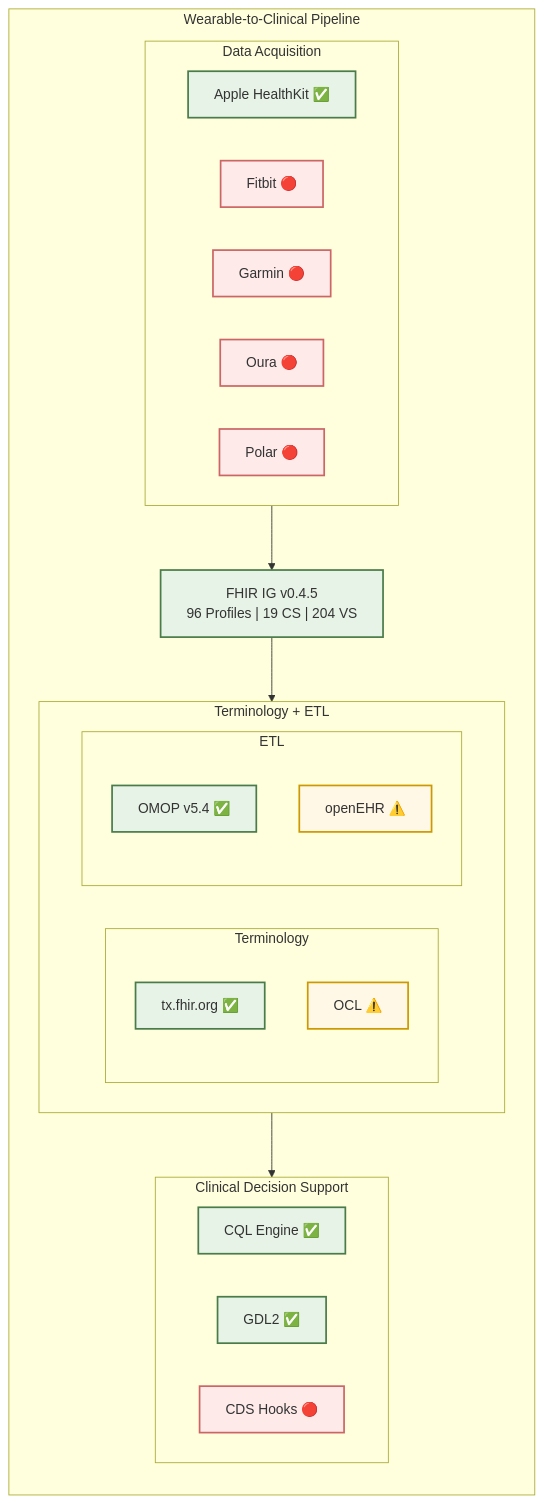
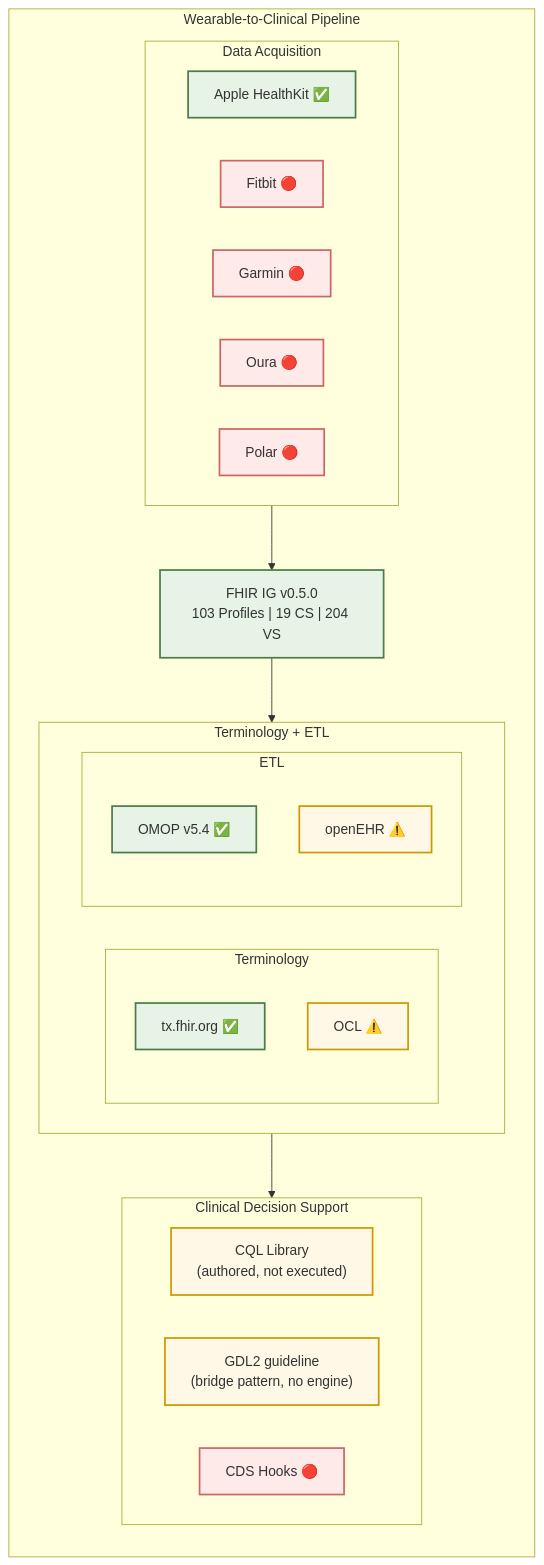
The first of 4 diagrams in README.md (RicardoLSantos/shorthand), drawn with Mermaid before and after one commit. The commit also changed other lines of this file and 2 other files, not shown here.

````diff
--- a/README.md
+++ b/README.md
@@ -34,48 +34,48 @@
 ```mermaid
 flowchart TB
     subgraph WP["Wearable-to-Clinical Pipeline"]
         direction TB
 
         subgraph TG1["Data Acquisition"]
             direction LR
             APPLE["Apple HealthKit ✅"]
             FITBIT["Fitbit 🔴"]
             GARMIN["Garmin 🔴"]
             OURA["Oura 🔴"]
             POLAR["Polar 🔴"]
         end
 
-        FHIRIG["FHIR IG v0.4.5<br/>96 Profiles | 19 CS | 204 VS"]
+        FHIRIG["FHIR IG v0.5.0<br/>103 Profiles | 19 CS | 204 VS"]
 
         subgraph TG2["Terminology + ETL"]
             direction LR
             subgraph TERM["Terminology"]
                 TXFHIR["tx.fhir.org ✅"]
                 OCL["OCL ⚠️"]
             end
             subgraph ETL["ETL"]
                 OMOP["OMOP v5.4 ✅"]
                 OPENEHR["openEHR ⚠️"]
             end
         end
 
         subgraph TG4["Clinical Decision Support"]
             direction LR
-            CQL["CQL Engine ✅"]
-            GDL2["GDL2 ✅"]
+            CQL["CQL Library<br/>(authored, not executed)"]
+            GDL2["GDL2 guideline<br/>(bridge pattern, no engine)"]
             CDSHOOKS["CDS Hooks 🔴"]
         end
     end
 
     TG1 --> FHIRIG
     FHIRIG --> TG2
     TG2 --> TG4
 
     classDef done fill:#e6f3e6,stroke:#4a7c4a,stroke-width:2px,color:#333
     classDef partial fill:#fff8e6,stroke:#cc9900,stroke-width:2px,color:#333
     classDef todo fill:#ffeaea,stroke:#cc6666,stroke-width:2px,color:#333
 
-    class APPLE,FHIRIG,TXFHIR,OMOP,CQL,GDL2 done
-    class OCL,OPENEHR partial
+    class APPLE,FHIRIG,TXFHIR,OMOP done
+    class OCL,OPENEHR,CQL,GDL2 partial
     class FITBIT,GARMIN,OURA,POLAR,CDSHOOKS todo
 ```
````
